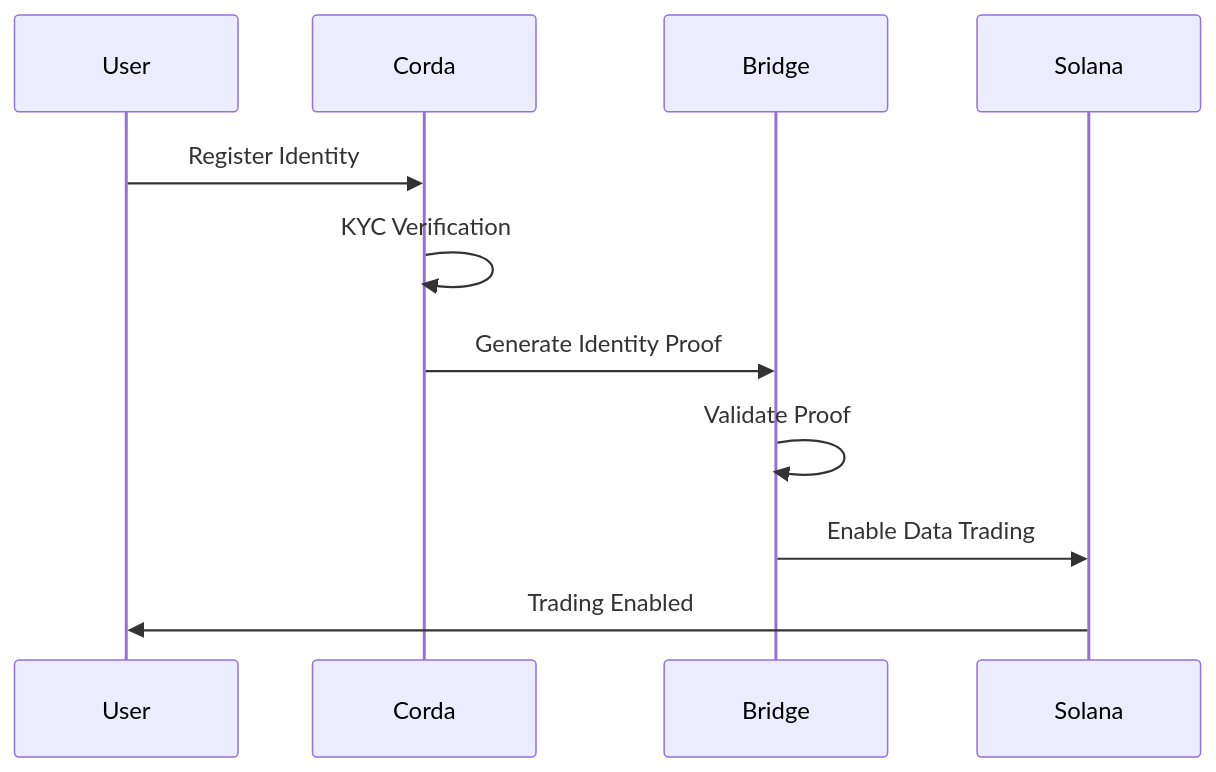
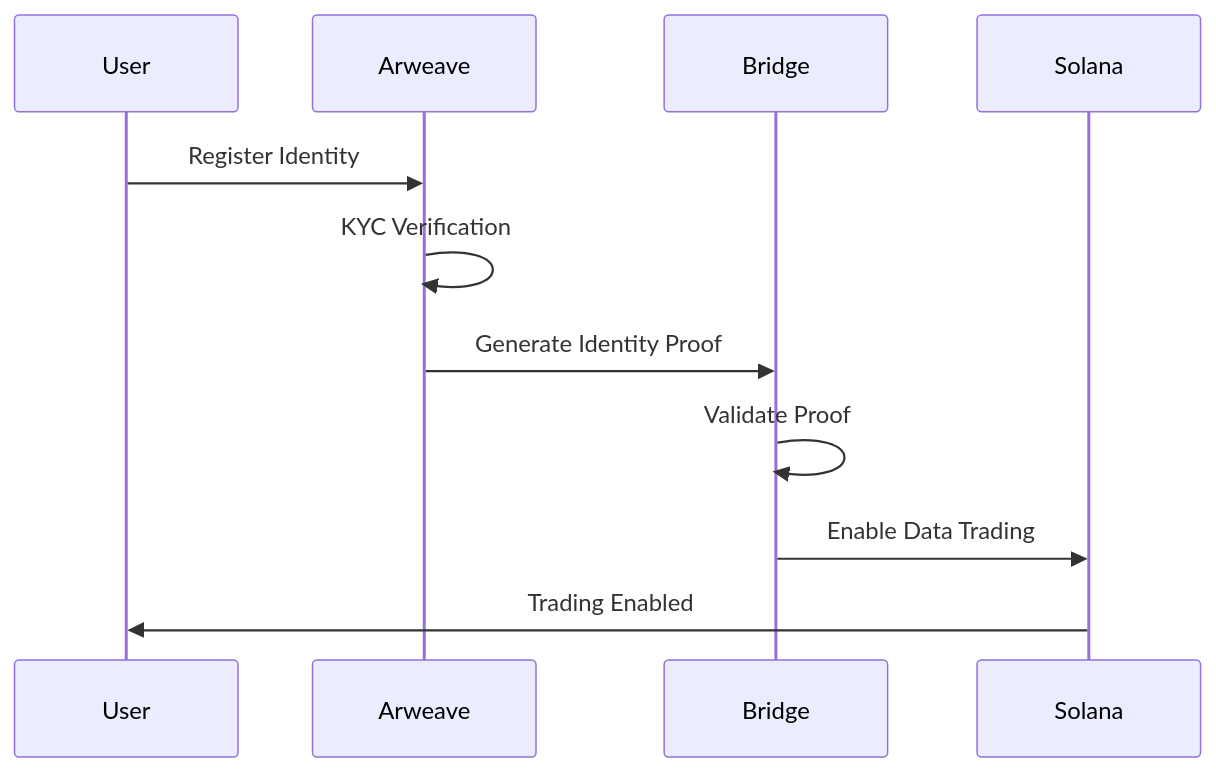
One commit to psyto/datasov2 changed the first of 2 diagrams in integration-layer/INTEGRATION_SUMMARY.md. Above: the diagram before and after it, drawn with Mermaid. The commit also changed other lines of this file and 3 other files, not shown here.

First line of the commit message:
Update all documentation to reflect Arweave-Solana architecture

````diff
--- a/integration-layer/INTEGRATION_SUMMARY.md
+++ b/integration-layer/INTEGRATION_SUMMARY.md
@@ -69,14 +59,14 @@
 ```mermaid
 sequenceDiagram
     participant User
-    participant Corda
+    participant Arweave
     participant Bridge
     participant Solana
 
-    User->>Corda: Register Identity
-    Corda->>Corda: KYC Verification
-    Corda->>Bridge: Generate Identity Proof
+    User->>Arweave: Register Identity
+    Arweave->>Arweave: KYC Verification
+    Arweave->>Bridge: Generate Identity Proof
     Bridge->>Bridge: Validate Proof
     Bridge->>Solana: Enable Data Trading
     Solana->>User: Trading Enabled
 ```
````
